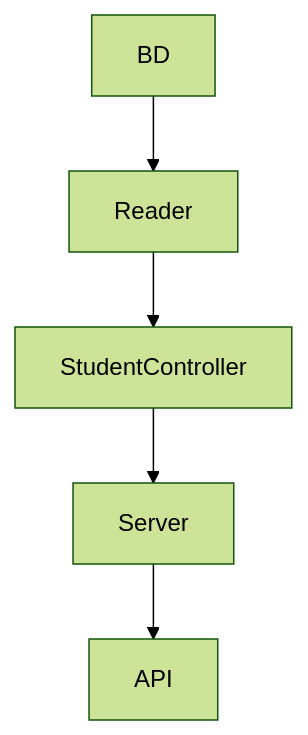
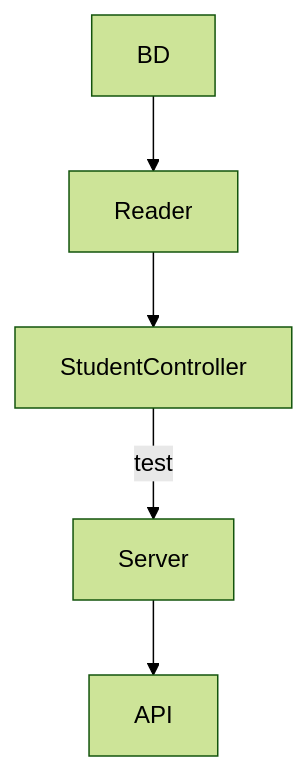
One commit to Alexis96-2/Code-Challenge changed the diagram in README.md. Above: the diagram before and after it, drawn with Mermaid (forest theme).

Commit message:
sintaxis para agregar más

````diff
--- a/README.md
+++ b/README.md
@@ -16,7 +16,7 @@
 ```mermaid
 graph TD;
     BD-->Reader;
     Reader-->StudentController;
-    StudentController-->Server;
+    StudentController-- test -->Server;
     Server-->API;
 ```
````
